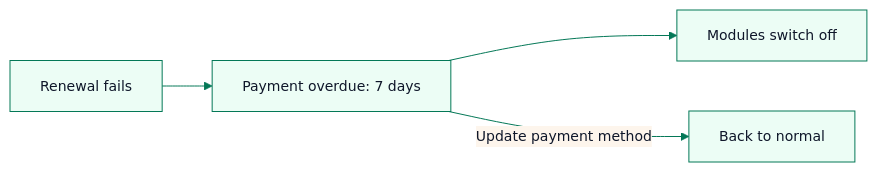
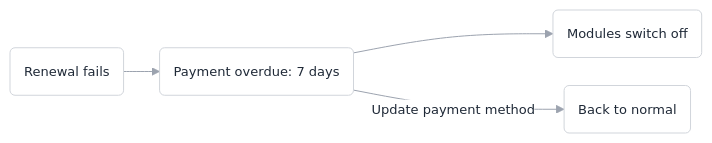
Before and after one commit to BharathVasireddy/marro-docs: the diagram in guides/billing.mdx, drawn with Mermaid. The commit also changed other lines of this file and 95 other files, not shown here.

First line of the commit message:
One guide per settings screen, in the Settings menu's order, with diagrams only where they are needed

````diff
--- a/guides/billing.mdx
+++ b/guides/billing.mdx
@@ -102,6 +100,6 @@
 ```mermaid
-%%{init: {'theme':'base','themeVariables':{'primaryColor':'#ecfdf5','primaryBorderColor':'#047857','primaryTextColor':'#0f172a','lineColor':'#047857','fontSize':'14px'}}}%%
+%%{init: {'theme':'base','flowchart':{'curve':'basis','padding':14,'nodeSpacing':28,'rankSpacing':36},'themeVariables':{'primaryColor':'#ffffff','primaryBorderColor':'#d1d5db','primaryTextColor':'#1f2937','lineColor':'#9ca3af','fontFamily':'Inter, ui-sans-serif, sans-serif','fontSize':'13px','edgeLabelBackground':'#ffffff'}}}%%
 flowchart LR
-  A[Renewal fails] --> B[Payment overdue: 7 days] --> C[Modules switch off]
-  B -->|Update payment method| D[Back to normal]
+  A(Renewal fails) --> B(Payment overdue: 7 days) --> C(Modules switch off)
+  B -->|Update payment method| D(Back to normal)
 ```
````
